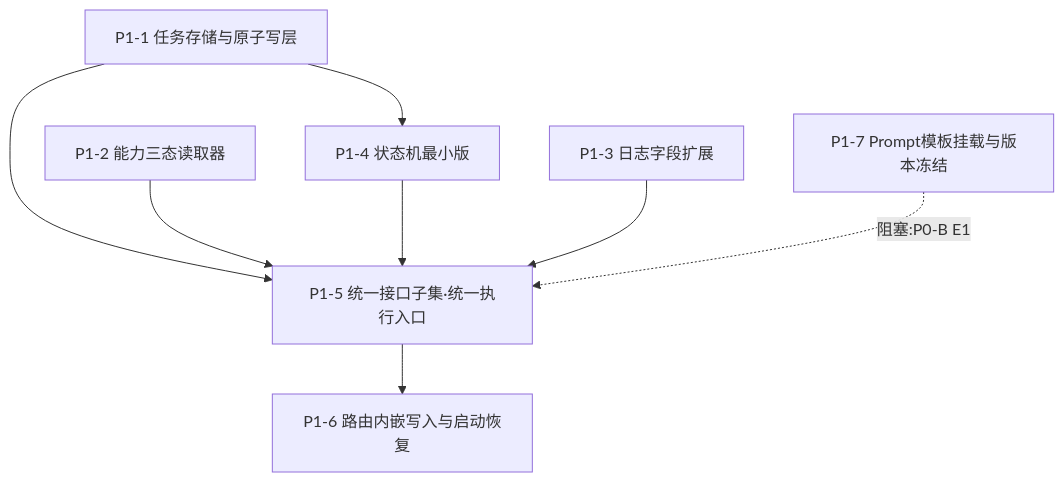
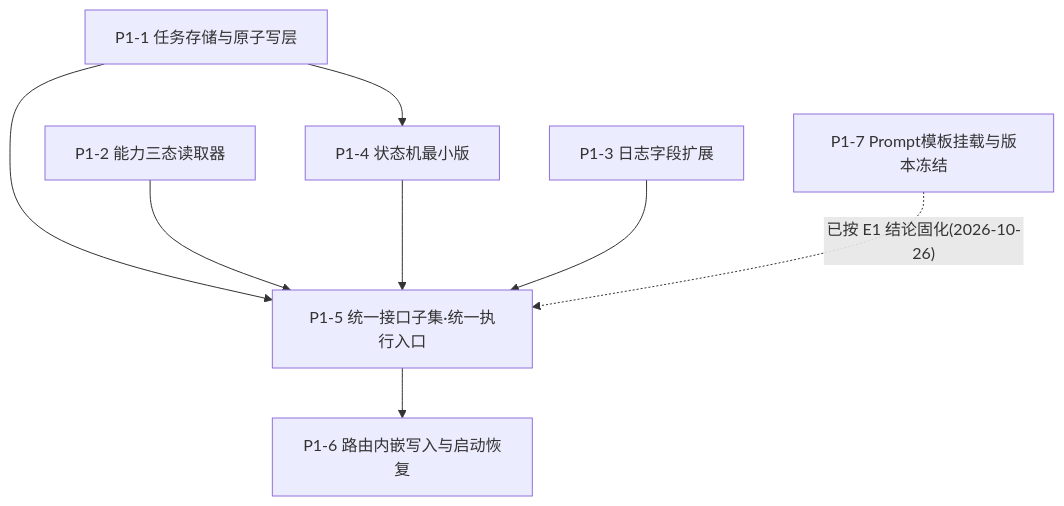
Before and after one commit to sdssdfegg/JY-Canvas: the diagram in docs/ai-tryon/执行单/P1-分解总览.md, drawn with Mermaid. The commit also changed other lines of this file and 20 other files, not shown here.

````diff
--- a/docs/ai-tryon/执行单/P1-分解总览.md
+++ b/docs/ai-tryon/执行单/P1-分解总览.md
@@ -22,10 +22,10 @@
 ```mermaid
 graph TD
   P11[P1-1 任务存储与原子写层] --> P14[P1-4 状态机最小版]
   P11 --> P15[P1-5 统一接口子集·统一执行入口]
   P12[P1-2 能力三态读取器] --> P15
   P14 --> P15
   P13[P1-3 日志字段扩展] --> P15
   P15 --> P16[P1-6 路由内嵌写入与启动恢复]
-  P17[P1-7 Prompt模板挂载与版本冻结] -. 阻塞:P0-B E1 .-> P15
+  P17[P1-7 Prompt模板挂载与版本冻结] -. 已按 E1 结论固化(2026-10-26) .-> P15
 ```
````
